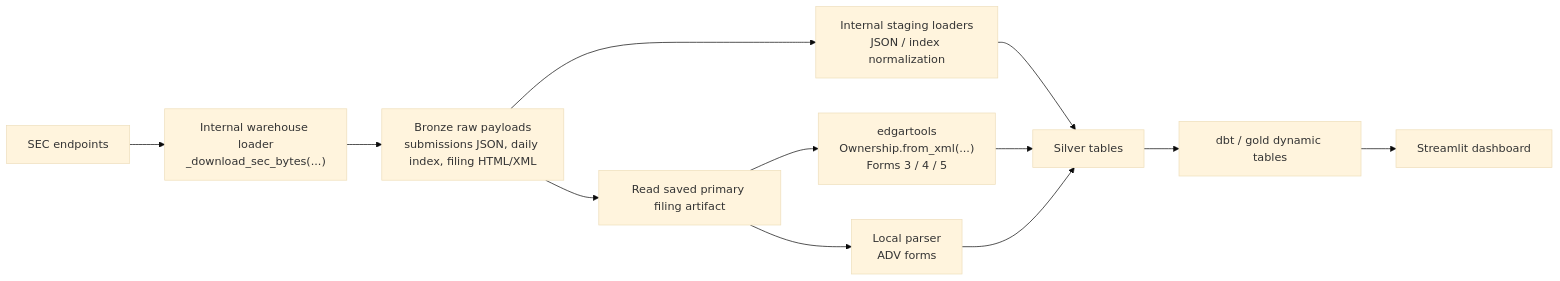
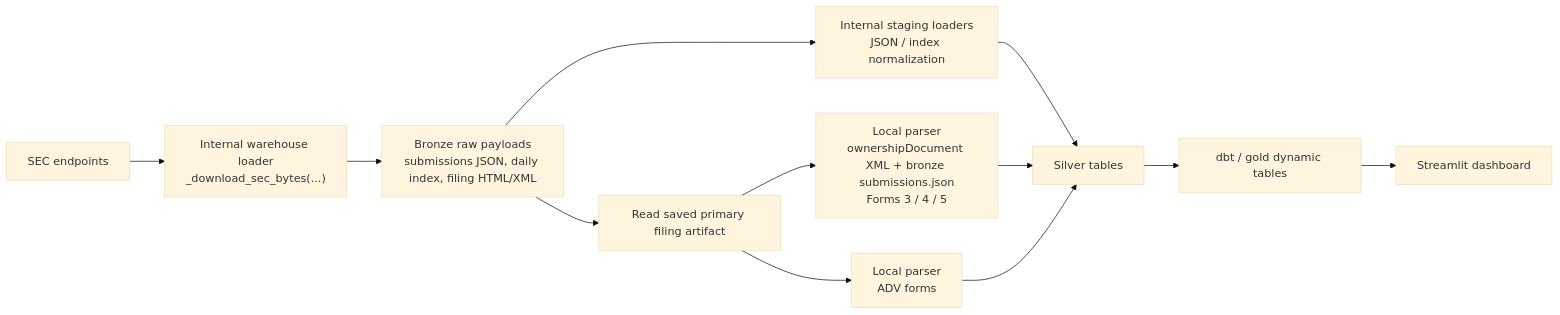
The diagram in README.md (paulananth/edgartools-platform), drawn with Mermaid (base theme) before and after one commit. The commit also changed other lines of this file and 32 other files, not shown here.

````diff
--- a/README.md
+++ b/README.md
@@ -29,14 +29,14 @@
 ```mermaid
 flowchart LR
     SEC["SEC endpoints"] --> Loader["Internal warehouse loader<br/>_download_sec_bytes(...)"]
     Loader --> Bronze["Bronze raw payloads<br/>submissions JSON, daily index, filing HTML/XML"]
     Bronze --> Stage["Internal staging loaders<br/>JSON / index normalization"]
     Stage --> Silver["Silver tables"]
     Bronze --> Artifact["Read saved primary filing artifact"]
-    Artifact --> EdgarTools["edgartools<br/>Ownership.from_xml(...)<br/>Forms 3 / 4 / 5"]
+    Artifact --> EdgarTools["Local parser<br/>ownershipDocument XML + bronze submissions.json<br/>Forms 3 / 4 / 5"]
     Artifact --> LocalParser["Local parser<br/>ADV forms"]
     EdgarTools --> Silver
     LocalParser --> Silver
     Silver --> Gold["dbt / gold dynamic tables"]
     Gold --> Dashboard["Streamlit dashboard"]
 ```
````
